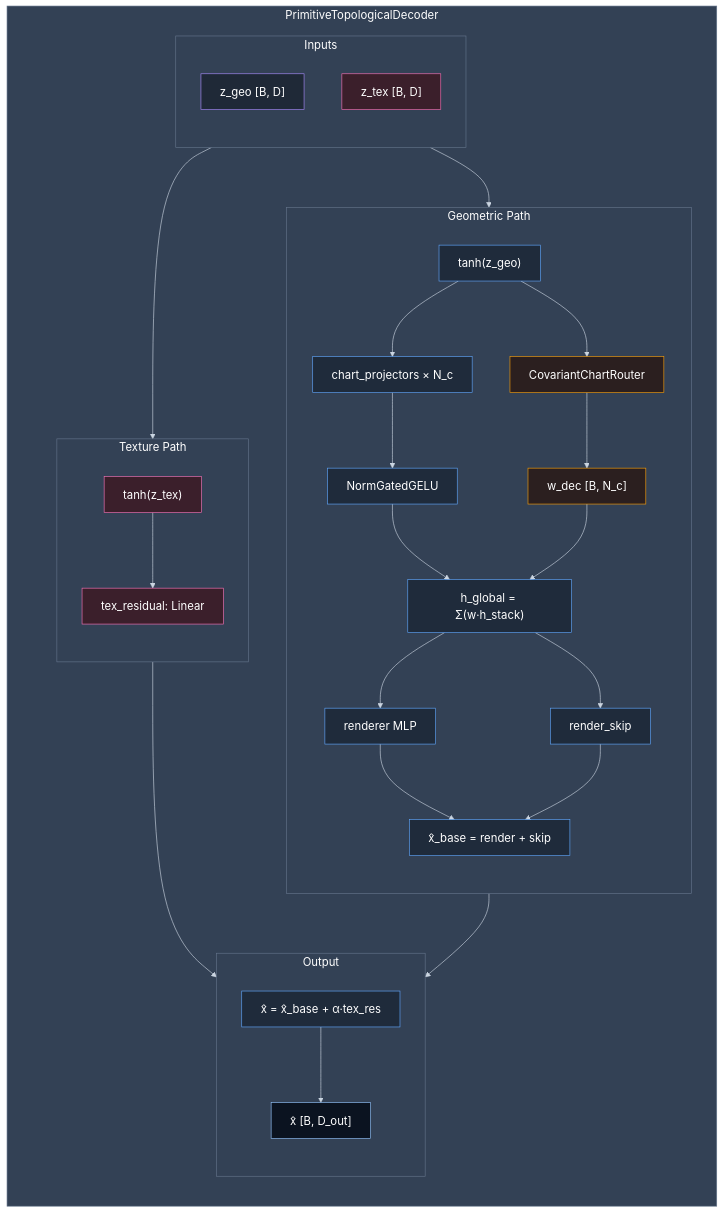
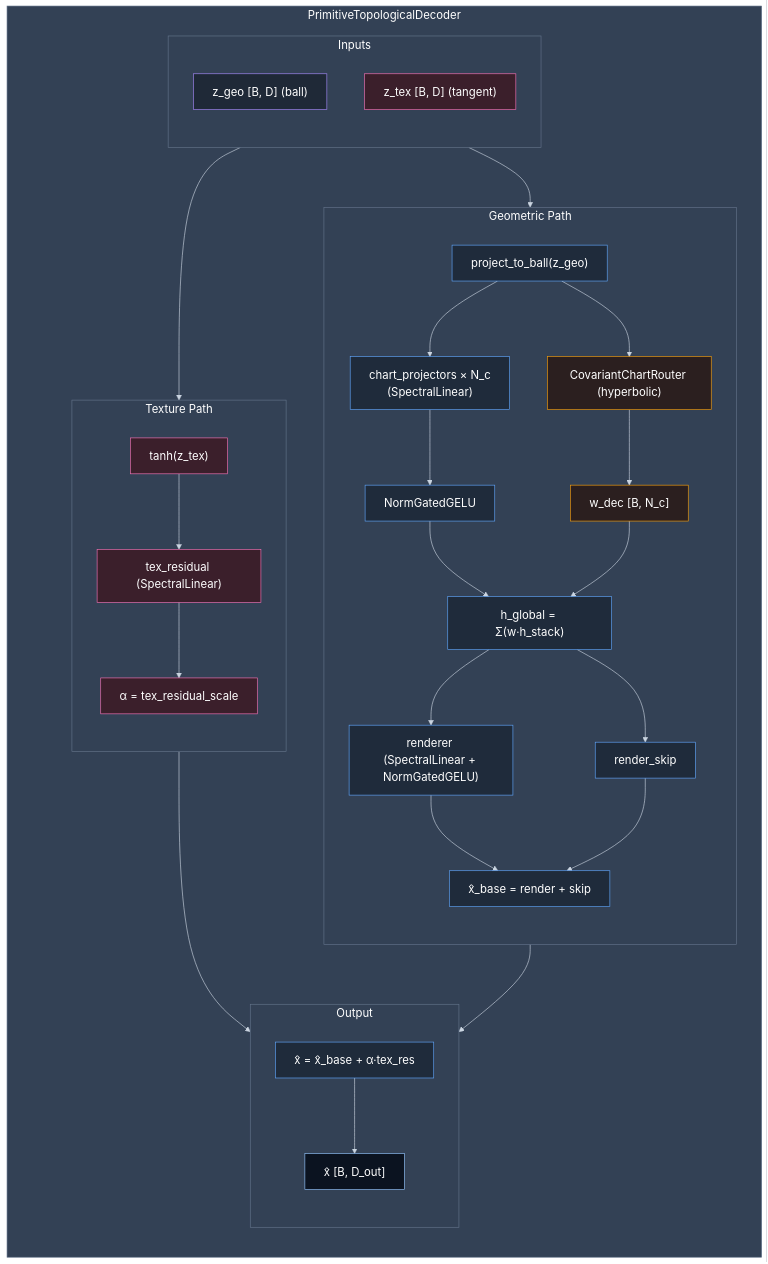
The third of 4 diagrams in single_agent_tldr.md (FragileTech/fragile), drawn with Mermaid before and after one commit. The commit also changed other lines of this file and 9 other files, not shown here.

````diff
--- a/single_agent_tldr.md
+++ b/single_agent_tldr.md
@@ -199,63 +208,65 @@
 ```mermaid
 %%{init: {"themeVariables": {"background":"#1e293b","edgeLabelBackground":"#334155","textColor":"#ffffff","lineColor":"#cbd5e1","primaryColor":"#334155","primaryTextColor":"#ffffff","secondaryTextColor":"#ffffff","tertiaryTextColor":"#ffffff","titleColor":"#ffffff","nodeTextColor":"#ffffff","clusterBkg":"#334155","clusterBorder":"#64748b","fontSize":"18px"},"flowchart":{"nodeSpacing":60,"rankSpacing":70,"useMaxWidth":true}}}%%
 flowchart TB
     subgraph DEC["PrimitiveTopologicalDecoder"]
         direction TB
 
         subgraph INPUTS["Inputs"]
             direction TB
-            Zgeo["z_geo [B, D]"]
-            Ztex["z_tex [B, D]"]
+            Zgeo["z_geo [B, D] (ball)"]
+            Ztex["z_tex [B, D] (tangent)"]
         end
 
         subgraph GEO["Geometric Path"]
             direction TB
-            TanhG["tanh(z_geo)"]
-            RouterDec["CovariantChartRouter"]
+            Clamp["project_to_ball(z_geo)"]
+            RouterDec["CovariantChartRouter (hyperbolic)"]
             Wdec["w_dec [B, N_c]"]
-            ChartProj["chart_projectors × N_c"]
+            ChartProj["chart_projectors × N_c<br/>(SpectralLinear)"]
             Gate["NormGatedGELU"]
             Mix["h_global = Σ(w·h_stack)"]
-            Renderer["renderer MLP"]
+            Renderer["renderer (SpectralLinear + NormGatedGELU)"]
             Skip["render_skip"]
             AddSkip["x̂_base = render + skip"]
         end
 
         subgraph TEX["Texture Path"]
             direction TB
             TanhT["tanh(z_tex)"]
-            TexRes["tex_residual: Linear"]
+            TexRes["tex_residual (SpectralLinear)"]
+            Scale["α = tex_residual_scale"]
         end
 
         subgraph OUTPUT["Output"]
             direction TB
             AddTex["x̂ = x̂_base + α·tex_res"]
             Xhat["x̂ [B, D_out]"]
         end
     end
 
-    Zgeo --> TanhG
-    TanhG --> RouterDec --> Wdec
-    TanhG --> ChartProj --> Gate --> Mix
+    Zgeo --> Clamp
+    Clamp --> RouterDec --> Wdec
+    Clamp --> ChartProj --> Gate --> Mix
     Wdec --> Mix
     Mix --> Renderer --> AddSkip
     Mix --> Skip --> AddSkip
 
     Ztex --> TanhT --> TexRes
+    TexRes --> Scale
 
     AddSkip --> AddTex
-    TexRes --> AddTex
+    Scale --> AddTex
     AddTex --> Xhat
 
     classDef io fill:#0b1320,stroke:#93c5fd,stroke-width:1px,color:#ffffff;
     classDef router fill:#2b1f1f,stroke:#f59e0b,stroke-width:1px,color:#ffffff;
     classDef geom fill:#1f2937,stroke:#a78bfa,stroke-width:1px,color:#ffffff;
     classDef residual fill:#3b1f2b,stroke:#f472b6,stroke-width:1px,color:#ffffff;
     classDef decoder fill:#1f2b3b,stroke:#60a5fa,stroke-width:1px,color:#ffffff;
 
     class Zgeo geom;
     class RouterDec,Wdec router;
     class Xhat io;
-    class TanhG,ChartProj,Gate,Mix,Renderer,Skip,AddSkip,AddTex decoder;
-    class Ztex,TanhT,TexRes residual;
+    class Clamp,ChartProj,Gate,Mix,Renderer,Skip,AddSkip,AddTex decoder;
+    class Ztex,TanhT,TexRes,Scale residual;
 ```
````
